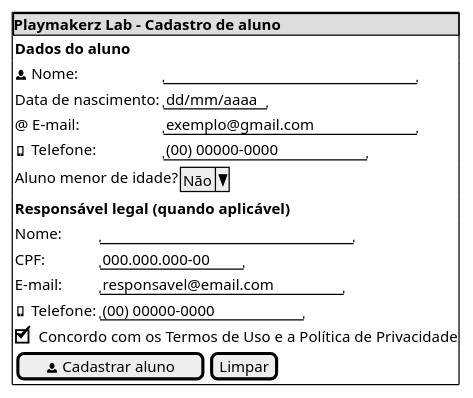
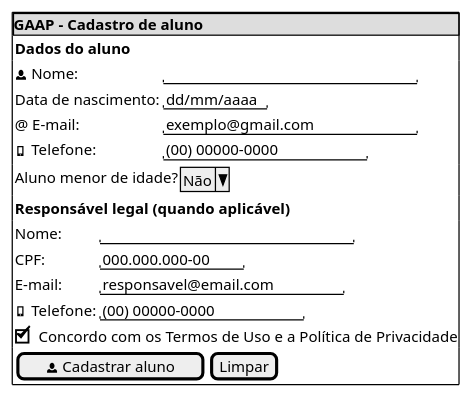
One commit to Projetos-de-Extensao/PECDII_26.2_8001_I changed the second of 6 diagrams in docs/Iniciacao/prototipo_baixa_fidelidade.md. Above: the diagram before and after it, drawn with PlantUML. The commit also changed other lines of this file and 13 other files, not shown here.

````diff
--- a/docs/Iniciacao/prototipo_baixa_fidelidade.md
+++ b/docs/Iniciacao/prototipo_baixa_fidelidade.md
@@ -68,39 +68,39 @@
 ```plantuml
 @startsalt
 {+
-    {* <b>Playmakerz Lab - Cadastro de aluno}
+    {* <b>GAAP - Cadastro de aluno}
 
     {
         <b>Dados do aluno
     }
 
     {
         <&person> Nome: | "                         "
         Data de nascimento: | "dd/mm/aaaa"
         @ E-mail: | "exemplo@gmail.com        "
         <&phone> Telefone: | "(00) 00000-0000     "
     }
 
     {
         Aluno menor de idade? | ^Não^
     }
 
     {
         <b>Responsável legal (quando aplicável)
     }
 
     {
         Nome: | "                         "
         CPF: | "000.000.000-00"
         E-mail: | "responsavel@email.com   "
         <&phone> Telefone: | "(00) 00000-0000     "
     }
 
     [X] Concordo com os Termos de Uso e a Política de Privacidade
 
     {
         [<&person> Cadastrar aluno] | [Limpar]
     }
 }
 @endsalt
 ```
````
